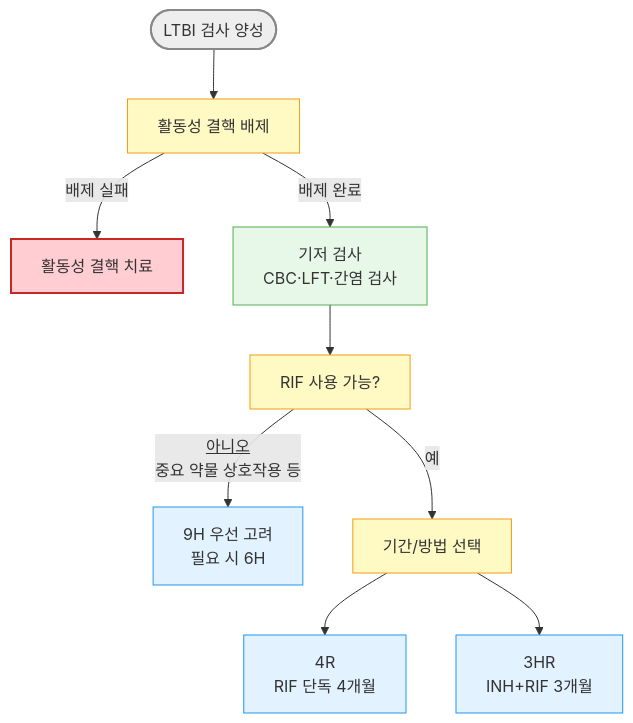
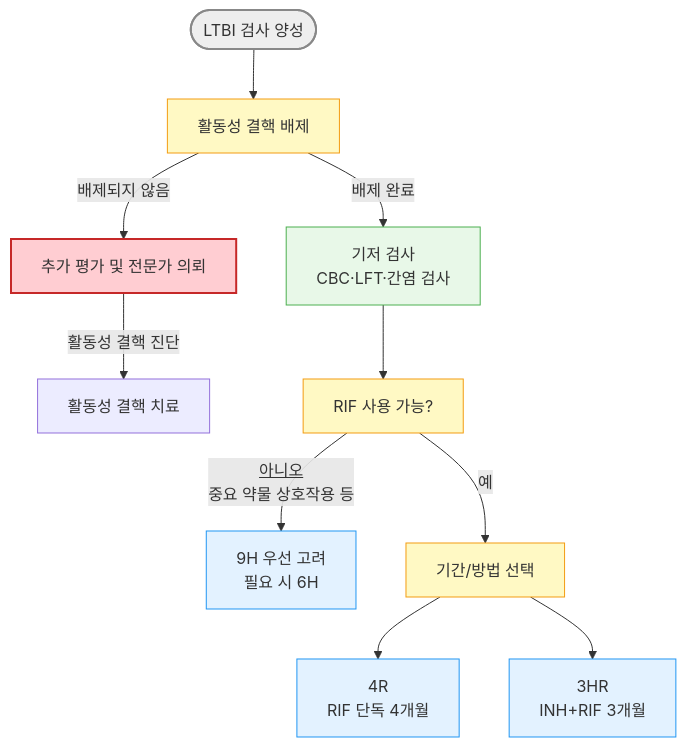
Before and after one commit to familyoh77/familyoh77: the fourth of 4 diagrams in 223_/070_-tuberculosis.md, drawn with Mermaid. The commit also changed other lines of this file and 4 other files, not shown here.

````diff
--- a/223_/070_-tuberculosis.md
+++ b/223_/070_-tuberculosis.md
@@ -476,19 +483,20 @@
 ```mermaid
 graph TD
     A([LTBI 검사 양성]) --> B[활동성 결핵 배제]
-    B -->|배제 실패| C[활동성 결핵 치료]
+    B -->|배제되지 않음| C[추가 평가 및 전문가 의뢰]
+    C -->|활동성 결핵 진단| CT[활동성 결핵 치료]
     B -->|배제 완료| D["기저 검사<br/>CBC·LFT·간염 검사"]
     D --> E[RIF 사용 가능?]
     E -->|<u>아니오</u><br/>중요 약물 상호작용 등| F["9H 우선 고려<br/>필요 시 6H"]
     E -->|예| G[기간/방법 선택]
     G --> H["4R<br/>RIF 단독 4개월"]
     G --> I["3HR<br/>INH+RIF 3개월"]
 
     style A fill:#eeeeee,stroke:#888888,stroke-width:2px
     style D fill:#e8f8e8,stroke:#4caf50
     style C fill:#ffcdd2,stroke:#c62828,stroke-width:2px
 classDef yellow fill:#fff9c4,stroke:#f39c12
 class B,E,G yellow
 classDef sky fill:#e3f2ff,stroke:#2196f3
 class H,I,F sky
 ```
````
